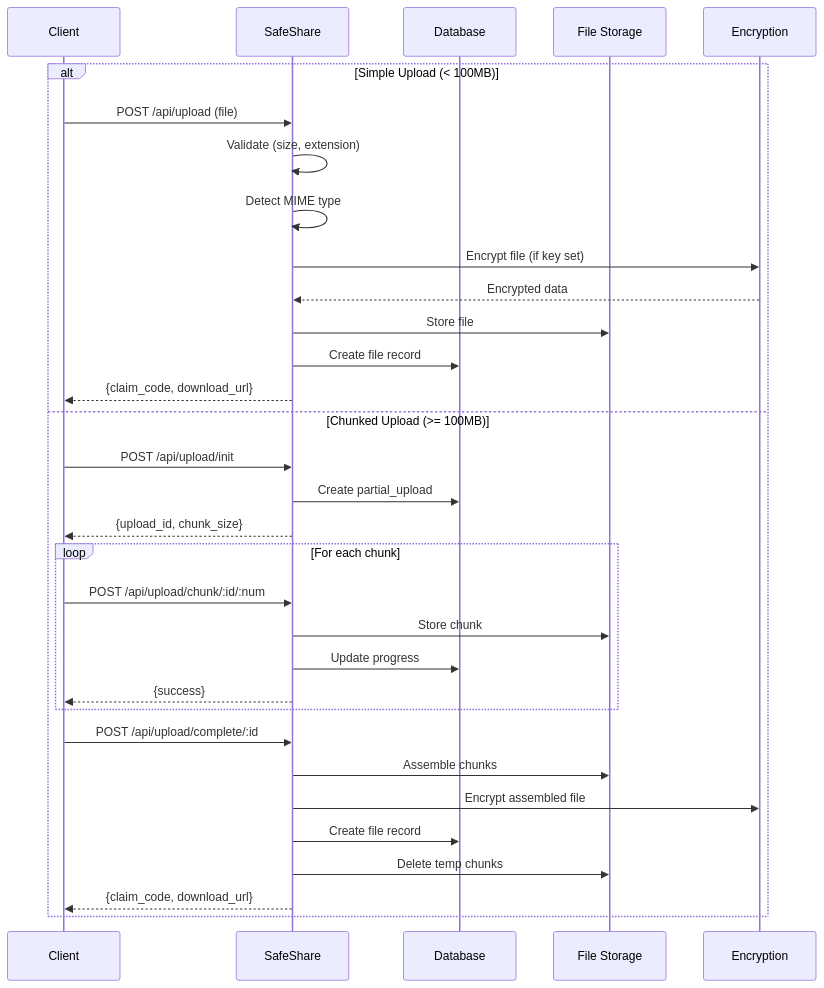
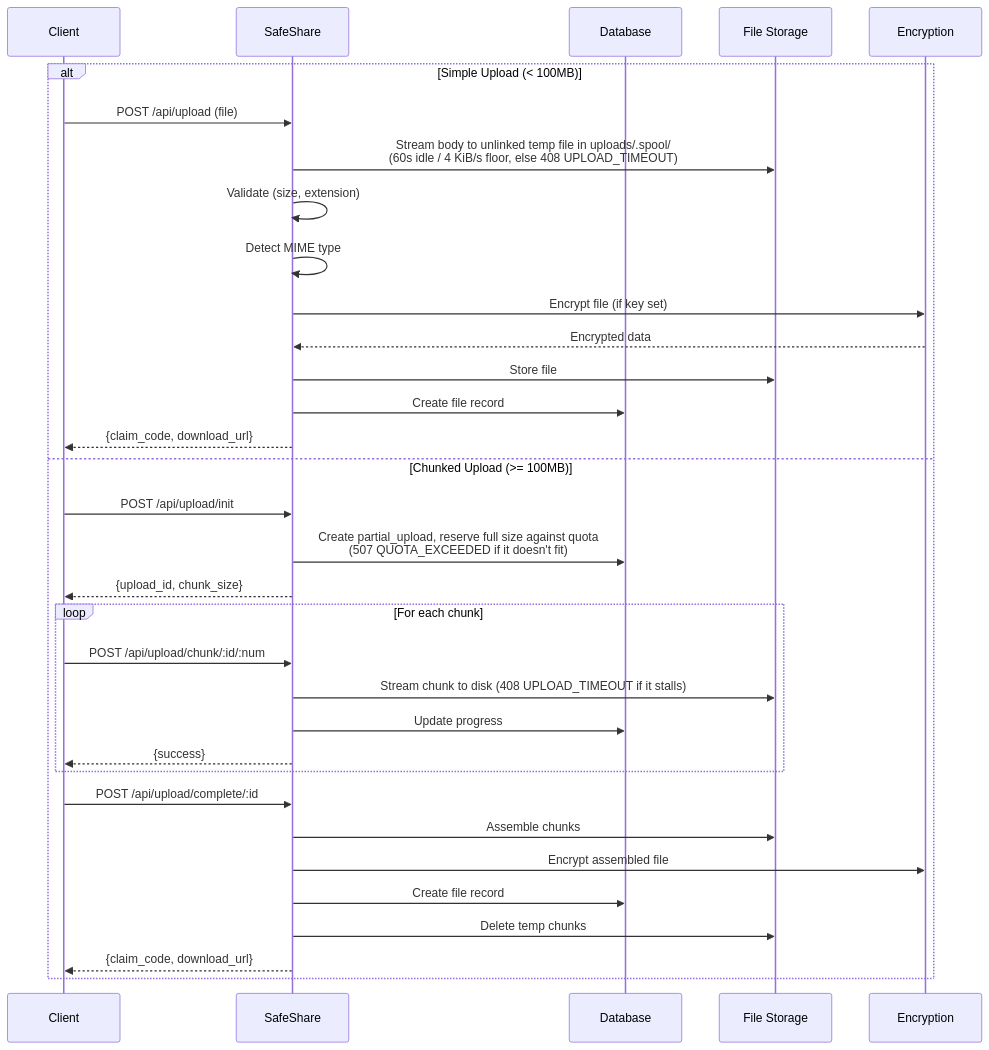
The third of 8 diagrams in docs/ARCHITECTURE.md (fjmerc/safeshare), drawn with Mermaid before and after one commit. The commit also changed other lines of this file and 13 other files, not shown here.

````diff
--- a/docs/ARCHITECTURE.md
+++ b/docs/ARCHITECTURE.md
@@ -100,37 +100,38 @@
 ```mermaid
 sequenceDiagram
     participant C as Client
     participant S as SafeShare
     participant DB as Database
     participant FS as File Storage
     participant ENC as Encryption
 
     alt Simple Upload (< 100MB)
         C->>S: POST /api/upload (file)
+        S->>FS: Stream body to unlinked temp file in uploads/.spool/<br/>(60s idle / 4 KiB/s floor, else 408 UPLOAD_TIMEOUT)
         S->>S: Validate (size, extension)
         S->>S: Detect MIME type
         S->>ENC: Encrypt file (if key set)
         ENC-->>S: Encrypted data
         S->>FS: Store file
         S->>DB: Create file record
         S-->>C: {claim_code, download_url}
     else Chunked Upload (>= 100MB)
         C->>S: POST /api/upload/init
-        S->>DB: Create partial_upload
+        S->>DB: Create partial_upload, reserve full size against quota<br/>(507 QUOTA_EXCEEDED if it doesn't fit)
         S-->>C: {upload_id, chunk_size}
         
         loop For each chunk
             C->>S: POST /api/upload/chunk/:id/:num
-            S->>FS: Store chunk
+            S->>FS: Stream chunk to disk (408 UPLOAD_TIMEOUT if it stalls)
             S->>DB: Update progress
             S-->>C: {success}
         end
         
         C->>S: POST /api/upload/complete/:id
         S->>FS: Assemble chunks
         S->>ENC: Encrypt assembled file
         S->>DB: Create file record
         S->>FS: Delete temp chunks
         S-->>C: {claim_code, download_url}
     end
 ```
````
